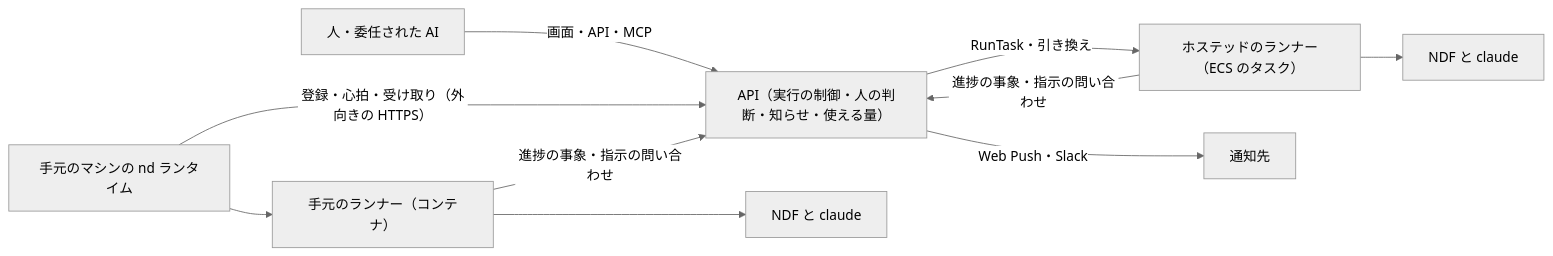
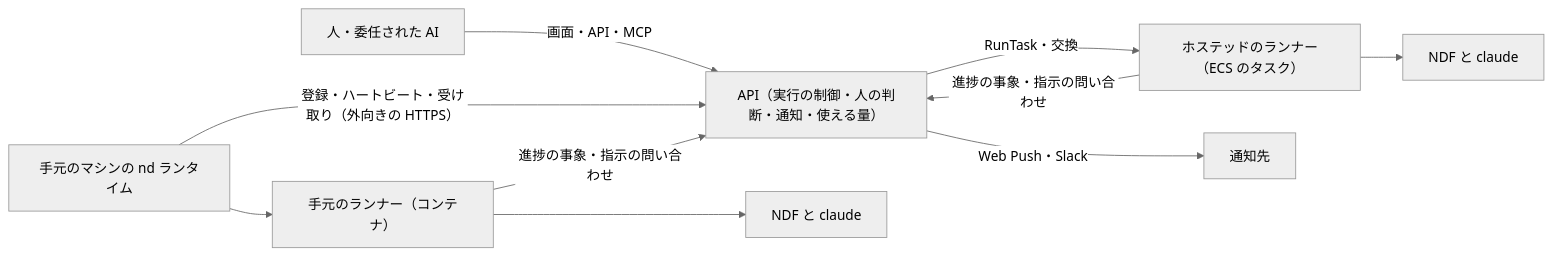
One commit to devbasex/nd-factory changed the first of 10 diagrams in docs/design/execution.md. Above: the diagram before and after it, drawn with Mermaid (neutral theme). The commit also changed other lines of this file and 114 other files, not shown here.

````diff
--- a/docs/design/execution.md
+++ b/docs/design/execution.md
@@ -28,12 +29,12 @@
 ```mermaid
 graph LR
-  人["人・委任された AI"] -->|画面・API・MCP| API["API（実行の制御・人の判断・知らせ・使える量）"]
-  API -->|RunTask・引き換え| R1["ホステッドのランナー（ECS のタスク）"]
-  M["手元のマシンの nd ランタイム"] -->|登録・心拍・受け取り（外向きの HTTPS）| API
+  人["人・委任された AI"] -->|画面・API・MCP| API["API（実行の制御・人の判断・通知・使える量）"]
+  API -->|RunTask・交換| R1["ホステッドのランナー（ECS のタスク）"]
+  M["手元のマシンの nd ランタイム"] -->|登録・ハートビート・受け取り（外向きの HTTPS）| API
   M --> R2["手元のランナー（コンテナ）"]
   R1 -->|進捗の事象・指示の問い合わせ| API
   R2 -->|進捗の事象・指示の問い合わせ| API
   R1 --> N1["NDF と claude"]
   R2 --> N2["NDF と claude"]
   API -->|Web Push・Slack| 通知先["通知先"]
 ```
````
